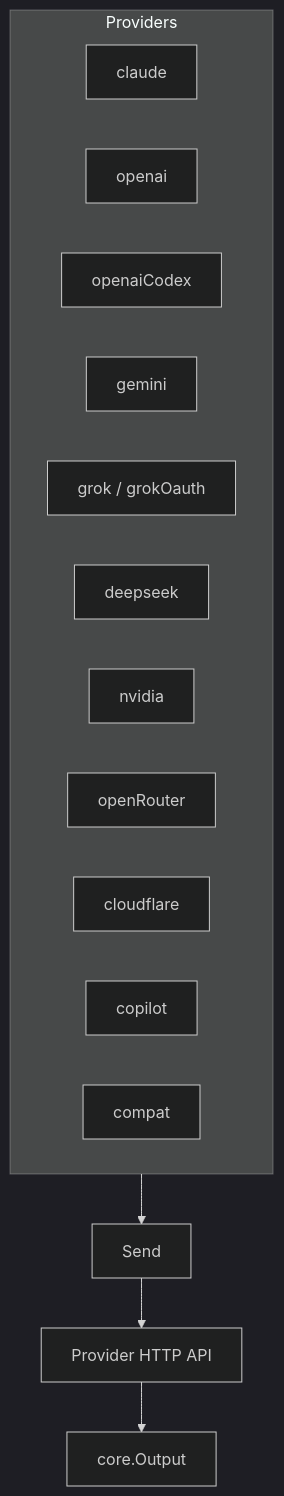
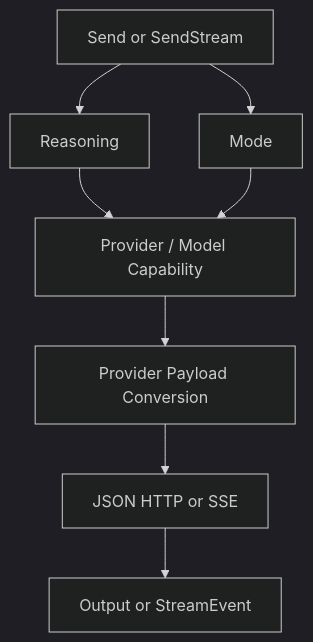
The fourth of 10 diagrams in doc/architecture.md (pardnchiu/go-llm-router), drawn with Mermaid (dark theme) before and after one commit. The commit also changed other lines of this file and 3 other files, not shown here.

Commit message:
doc: Expand API and architecture documentation

````diff
--- a/doc/architecture.md
+++ b/doc/architecture.md
@@ -65,19 +127,16 @@
 ```mermaid
-graph TB
-    subgraph Providers
-        Claude[claude]
-        OpenAI[openai]
-        Codex[openaiCodex]
-        Gemini[gemini]
-        Grok[grok / grokOauth]
-        DeepSeek[deepseek]
-        NVIDIA[nvidia]
-        OpenRouter[openRouter]
-        Cloudflare[cloudflare]
-        Copilot[copilot]
-        Compat[compat]
-    end
-    Providers --> Send[Send]
-    Send --> HTTPAPI[Provider HTTP API]
-    HTTPAPI --> Output[core.Output]
+flowchart TB
+    Call[Send or SendStream]
+    Reasoning[Reasoning]
+    Mode[Mode]
+    Capability[Provider / Model Capability]
+    Shape[Provider Payload Conversion]
+    Transport[JSON HTTP or SSE]
+    Normalize[Output or StreamEvent]
+
+    Call --> Reasoning
+    Call --> Mode
+    Reasoning --> Capability --> Shape
+    Mode --> Capability
+    Shape --> Transport --> Normalize
 ```
````
